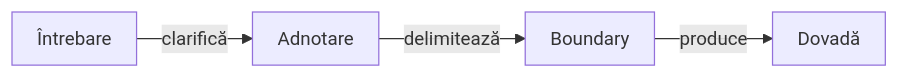
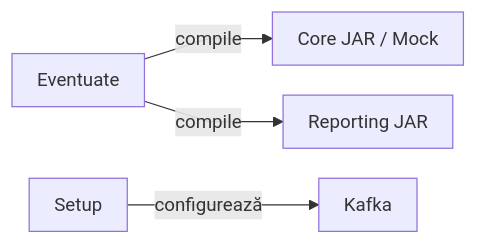
The second of 2 diagrams in README.md (crististefanita/atf_j2), drawn with Mermaid before and after one commit. The commit also changed other lines of this file and 360 other files, not shown here.

````diff
--- a/README.md
+++ b/README.md
@@ -184,12 +53,12 @@
 ```mermaid
-%%{init: {"themeVariables":{"fontSize":"15px"},"themeCSS":".nodeLabel, .nodeLabel p { font-size: 15px !important; line-height: 1.35 !important; } .edgeLabel, .edgeLabel p { font-size: 12px !important; font-weight: 400 !important; line-height: 1.2 !important; } .edgeLabel .labelBkg, .edgeLabel p { background: transparent !important; } .edgeLabel foreignObject { transform: translateY(-18px); overflow: visible; } .node rect { rx: 6px; ry: 6px; }","flowchart":{"curve":"linear","nodeSpacing":24,"rankSpacing":40,"padding":10,"diagramPadding":16}}}%%
+%%{init: {"themeVariables":{"fontSize":"15px"},"themeCSS":".nodeLabel, .nodeLabel p { font-size: 15px !important; line-height: 1.35 !important; } .edgeLabel, .edgeLabel p { font-size: 12px !important; font-weight: 400 !important; line-height: 1.2 !important; } .edgeLabel .labelBkg, .edgeLabel p { background: transparent !important; } .edgeLabel foreignObject { transform: translateY(-18px); overflow: visible; } .node rect { rx: 6px; ry: 6px; }","flowchart":{"curve":"linear","nodeSpacing":24,"rankSpacing":16,"padding":10,"diagramPadding":16}}}%%
 flowchart LR
-    Question["Întrebare"]
-    Layer["Adnotare"]
-    Scope["Boundary"]
-    Proof["Dovadă"]
-
-    Question -->|clarifică| Layer
-    Layer -->|delimitează| Scope
-    Scope -->|produce| Proof
+    Eventuate["Eventuate"]
+    Core["Core JAR / Mock"]
+    Reporting["Reporting JAR"]
+    Setup["Setup"]
+    Kafka["Kafka"]
+    Eventuate -->|compile| Core
+    Eventuate -->|compile| Reporting
+    Setup -->|configurează| Kafka
 ```
````
